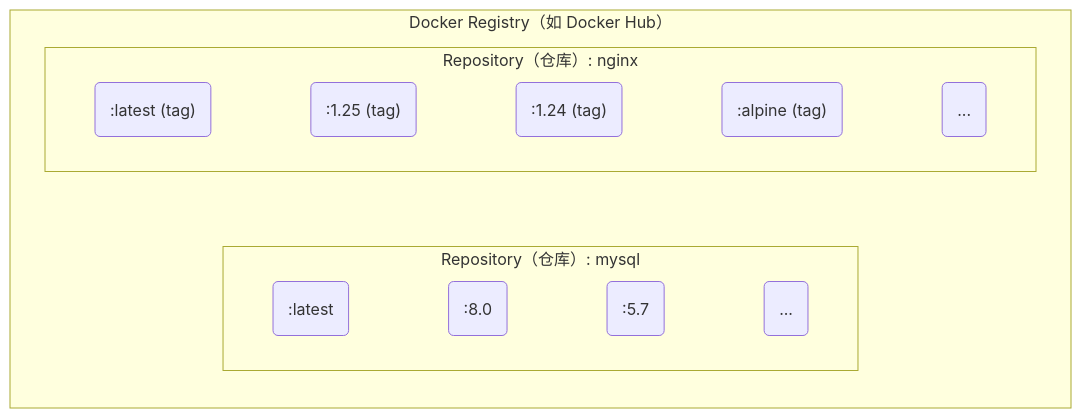
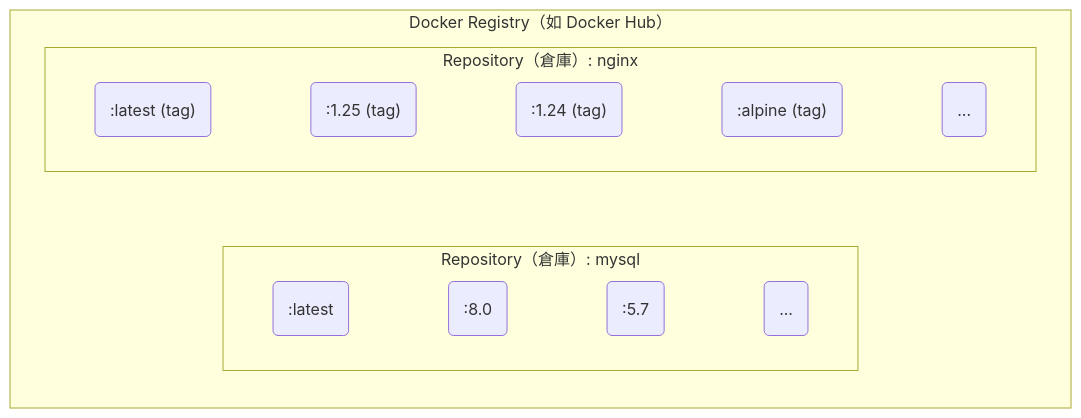
One commit to doggy8088/docker_practice changed the diagram in 02_basic_concept/2.3_repository.md. Above: the diagram before and after it, drawn with Mermaid. The commit also changed other lines of this file and 210 other files, not shown here.

````diff
--- a/02_basic_concept/2.3_repository.md
+++ b/02_basic_concept/2.3_repository.md
@@ -19,24 +19,24 @@
 ```mermaid
 flowchart TB
     subgraph Registry ["Docker Registry（如 Docker Hub）"]
         direction TB
-        subgraph RepoNginx ["Repository（仓库）: nginx"]
+        subgraph RepoNginx ["Repository（倉庫）: nginx"]
             direction LR
             N1(":latest (tag)")
             N2(":1.25 (tag)")
             N3(":1.24 (tag)")
             N4(":alpine (tag)")
             N5("...")
             N1 ~~~ N2 ~~~ N3 ~~~ N4 ~~~ N5
         end
-        subgraph RepoMysql ["Repository（仓库）: mysql"]
+        subgraph RepoMysql ["Repository（倉庫）: mysql"]
             direction LR
             M1(":latest")
             M2(":8.0")
             M3(":5.7")
             M4("...")
             M1 ~~~ M2 ~~~ M3 ~~~ M4
         end
         RepoNginx ~~~ RepoMysql
     end
 ```
````
